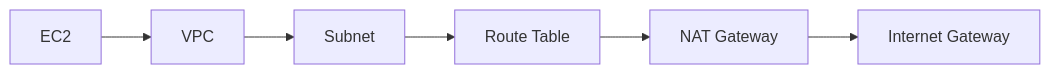
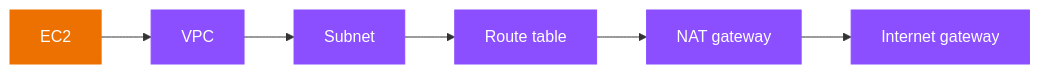
Before and after one commit to GabrielAlmeidaFlores/AWS-CloudOps-Engineer-Associate-Doc: the ninth of 15 diagrams in AGENTS.md, drawn with Mermaid. The commit also changed other lines of this file and 22 other files, not shown here.

First line of the commit message:
docs: AWS-styled Mermaid, IAM/VPC console screenshots, and AGENTS.md rules

````diff
--- a/AGENTS.md
+++ b/AGENTS.md
@@ -1638,4 +1662,8 @@
 ```mermaid
 flowchart LR
-    EC2[EC2] --> VPC[VPC] --> SN[Subnet] --> RT["Route Table"] --> NAT["NAT Gateway"] --> IGW["Internet Gateway"]
+    EC2["EC2"] --> VPC["VPC"] --> SN["Subnet"] --> RT["Route table"] --> NAT["NAT gateway"] --> IGW["Internet gateway"]
+    classDef compute fill:#ED7100,stroke:#ED7100,color:#ffffff
+    classDef network fill:#8C4FFF,stroke:#8C4FFF,color:#ffffff
+    class EC2 compute
+    class VPC,SN,RT,NAT,IGW network
 ```
````
